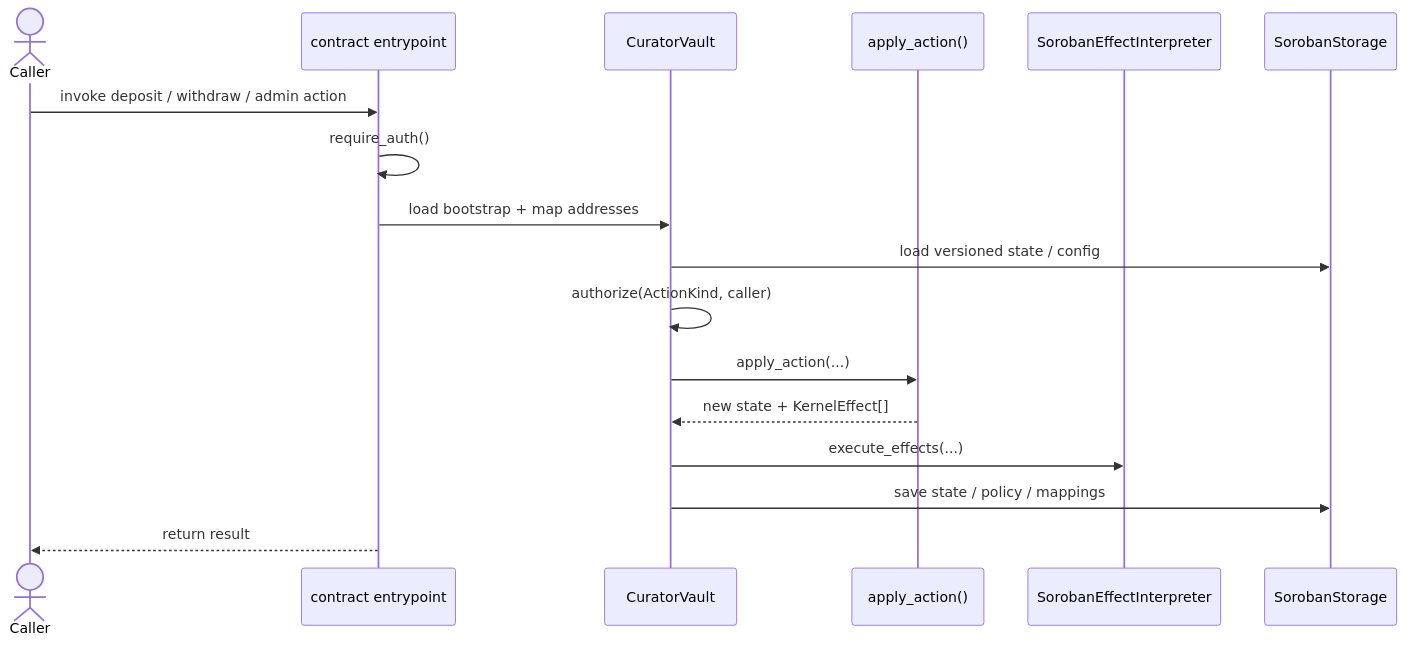
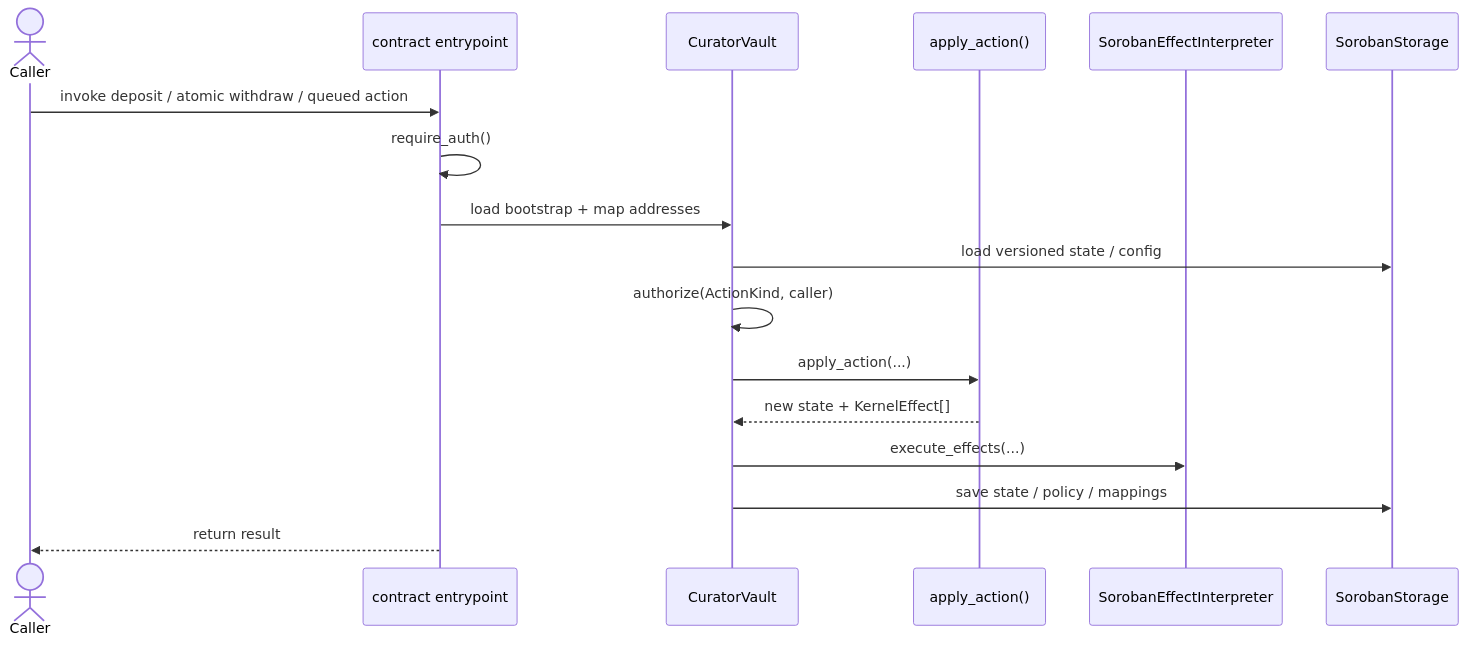
Before and after one commit to Templar-Protocol/contracts: the second of 3 diagrams in contract/vault/soroban/README.md, drawn with Mermaid. The commit also changed other lines of this file and 10 other files, not shown here.

````diff
--- a/contract/vault/soroban/README.md
+++ b/contract/vault/soroban/README.md
@@ -50,20 +50,20 @@
 ```mermaid
 sequenceDiagram
     actor Caller
     participant Entry as contract entrypoint
     participant Vault as CuratorVault
     participant Kernel as apply_action()
     participant Interp as SorobanEffectInterpreter
     participant Storage as SorobanStorage
 
-    Caller->>Entry: invoke deposit / withdraw / admin action
+    Caller->>Entry: invoke deposit / atomic withdraw / queued action
     Entry->>Entry: require_auth()
     Entry->>Vault: load bootstrap + map addresses
     Vault->>Storage: load versioned state / config
     Vault->>Vault: authorize(ActionKind, caller)
     Vault->>Kernel: apply_action(...)
     Kernel-->>Vault: new state + KernelEffect[]
     Vault->>Interp: execute_effects(...)
     Vault->>Storage: save state / policy / mappings
     Entry-->>Caller: return result
 ```
````
